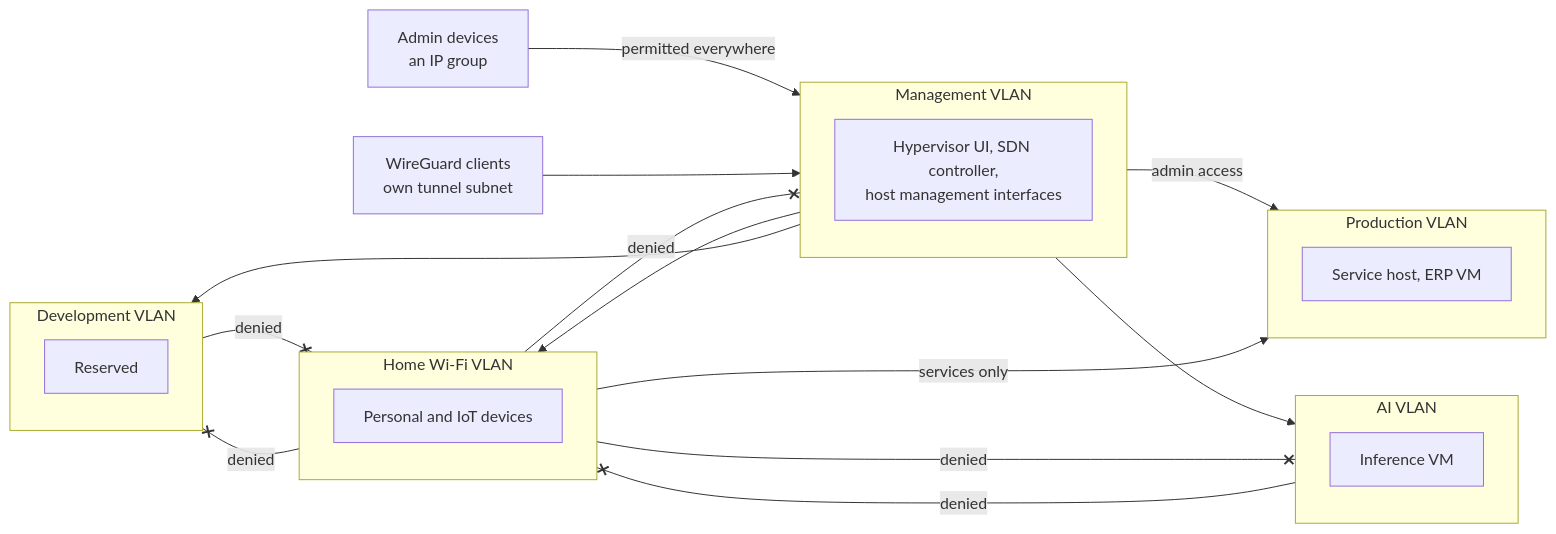
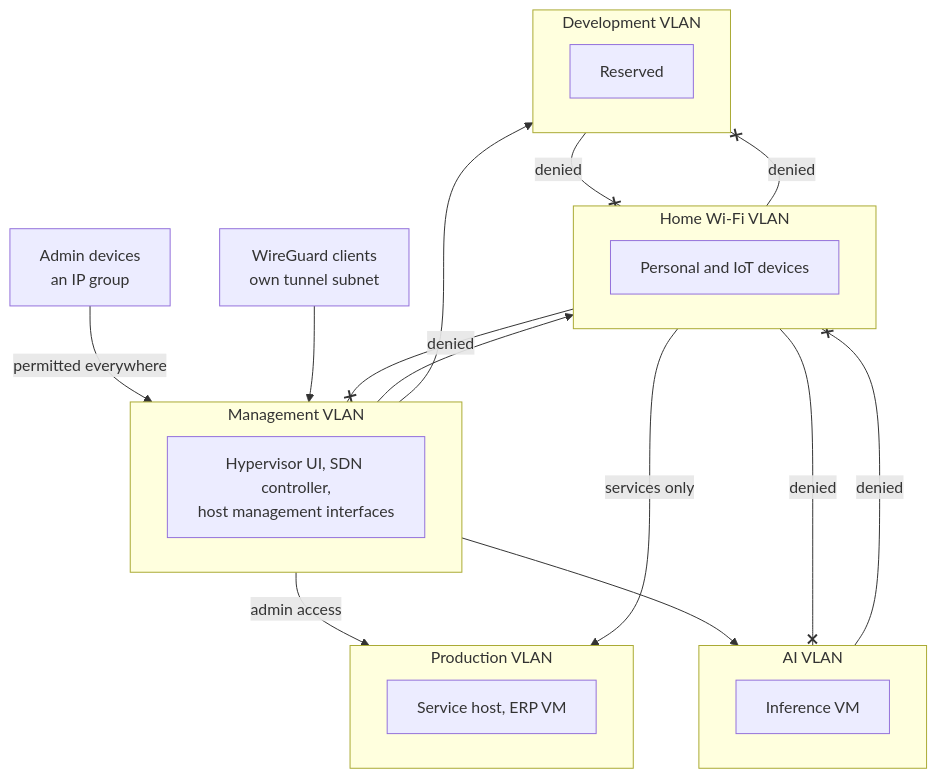
One commit to thejollydev/bezaforge-infrastructure changed the second of 4 diagrams in README.md. Above: the diagram before and after it, drawn with Mermaid.

Commit message:
Draw the segmentation diagram top-down, so it reads at page width

````diff
--- a/README.md
+++ b/README.md
@@ -68,34 +68,34 @@
 ```mermaid
-flowchart LR
+flowchart TB
     remote["WireGuard clients<br/>own tunnel subnet"]
     admins["Admin devices<br/>an IP group"]
 
     subgraph mgmt["Management VLAN"]
         m1["Hypervisor UI, SDN controller,<br/>host management interfaces"]
     end
     subgraph prod["Production VLAN"]
         p1["Service host, ERP VM"]
     end
     subgraph ai["AI VLAN"]
         a1["Inference VM"]
     end
     subgraph home["Home Wi-Fi VLAN"]
         h1["Personal and IoT devices"]
     end
     subgraph dev["Development VLAN"]
         d1["Reserved"]
     end
 
     mgmt -- "admin access" --> prod
     mgmt --> ai
     mgmt --> home
     mgmt --> dev
     admins -- "permitted everywhere" --> mgmt
     remote --> mgmt
     home -- "services only" --> prod
     home --x|denied| mgmt
     home --x|denied| ai
     home --x|denied| dev
     ai --x|denied| home
     dev --x|denied| home
 ```
````
